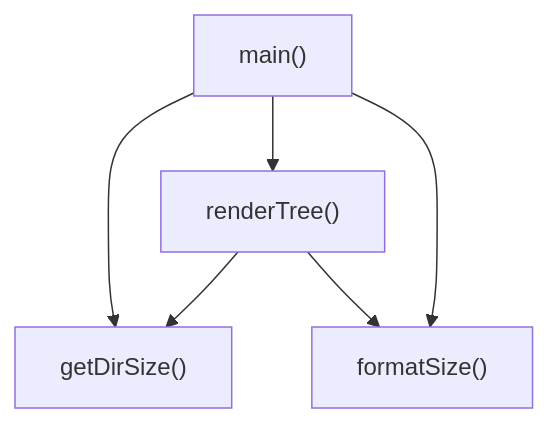
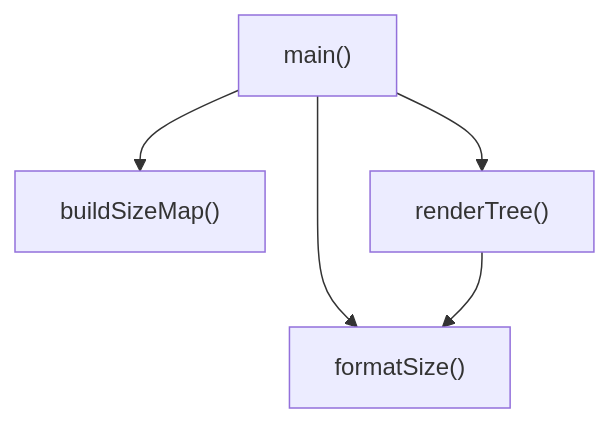
Before and after one commit to DovahkiinYuzuko/Easy-File-Size: the diagram in docs/variables'n'functions/[JavaScript]index.md, drawn with Mermaid. The commit also changed other lines of this file and 1 other file, not shown here.

````diff
--- a/docs/variables'n'functions/[JavaScript]index.md
+++ b/docs/variables'n'functions/[JavaScript]index.md
@@ -40,8 +47,7 @@
 ```mermaid
 graph TD
-  main["main()"] --> getDirSize["getDirSize()"]
+  main["main()"] --> buildSizeMap["buildSizeMap()"]
   main --> renderTree["renderTree()"]
   main --> formatSize["formatSize()"]
-  renderTree --> getDirSize
   renderTree --> formatSize
 ```
````
